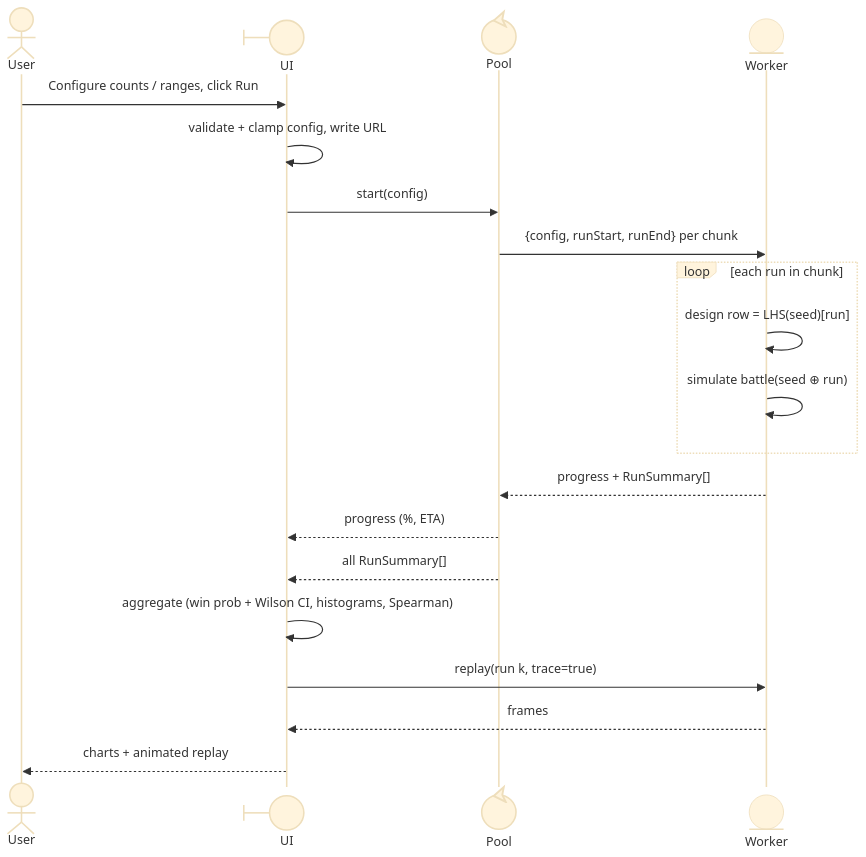
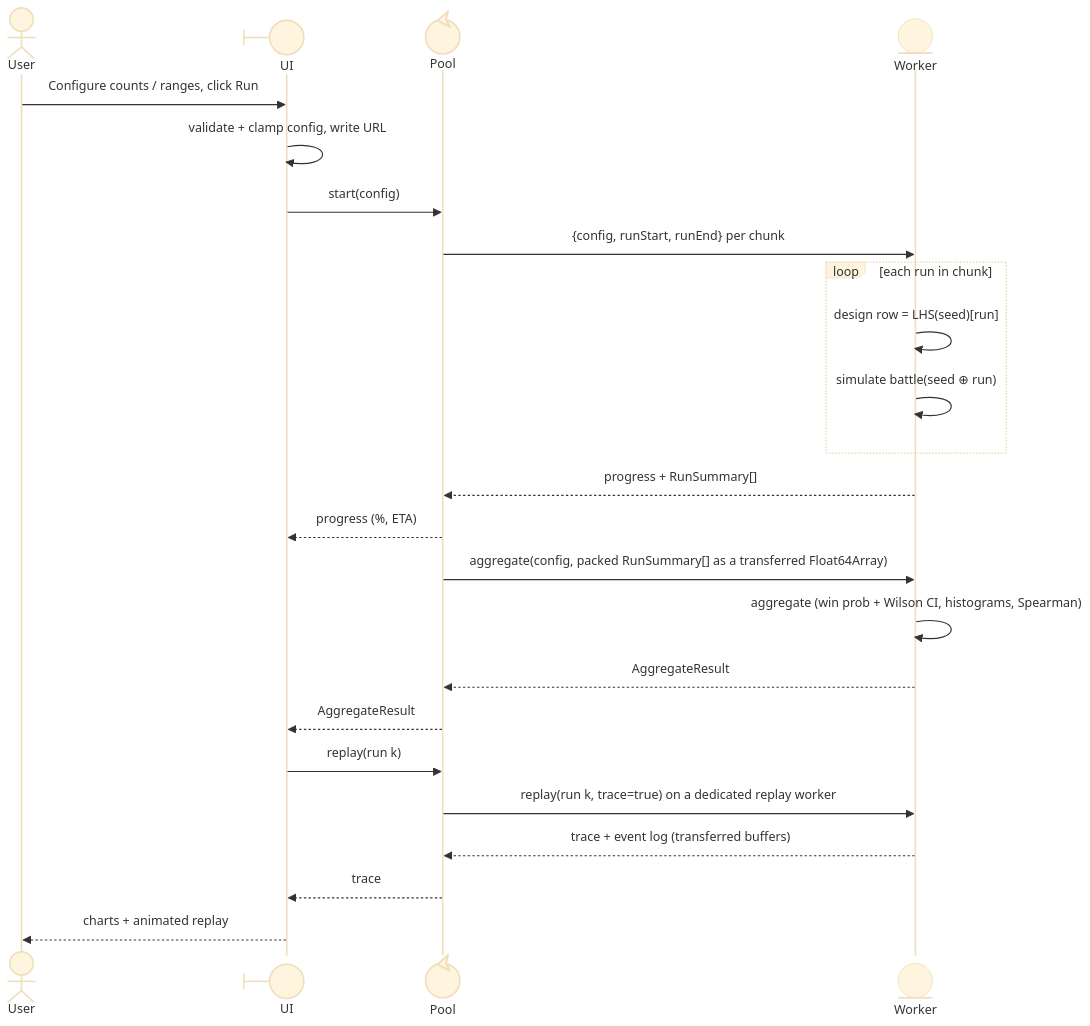
The third of 6 diagrams in ARCHITECTURE.md (VinylStage/trex_vs_tiger_sim), drawn with Mermaid (base theme) before and after one commit. The commit also changed other lines of this file and 10 other files, not shown here.

````diff
--- a/ARCHITECTURE.md
+++ b/ARCHITECTURE.md
@@ -150,22 +150,26 @@
 ```mermaid
 sequenceDiagram
     actor User
     participant UI@{ "type": "boundary" }
     participant Pool@{ "type": "control" }
     participant Worker@{ "type": "entity" }
     User->>UI: Configure counts / ranges, click Run
     UI->>UI: validate + clamp config, write URL #s=
     UI->>Pool: start(config)
     Pool->>Worker: {config, runStart, runEnd} per chunk
     loop each run in chunk
         Worker->>Worker: design row = LHS(seed)[run]
         Worker->>Worker: simulate battle(seed ⊕ run)
     end
     Worker-->>Pool: progress + RunSummary[]
     Pool-->>UI: progress (%, ETA)
-    Pool-->>UI: all RunSummary[]
-    UI->>UI: aggregate (win prob + Wilson CI, histograms, Spearman)
-    UI->>Worker: replay(run k, trace=true)
-    Worker-->>UI: frames
+    Pool->>Worker: aggregate(config, packed RunSummary[] as a transferred Float64Array)
+    Worker->>Worker: aggregate (win prob + Wilson CI, histograms, Spearman)
+    Worker-->>Pool: AggregateResult
+    Pool-->>UI: AggregateResult
+    UI->>Pool: replay(run k)
+    Pool->>Worker: replay(run k, trace=true) on a dedicated replay worker
+    Worker-->>Pool: trace + event log (transferred buffers)
+    Pool-->>UI: trace
     UI-->>User: charts + animated replay
 ```
````
